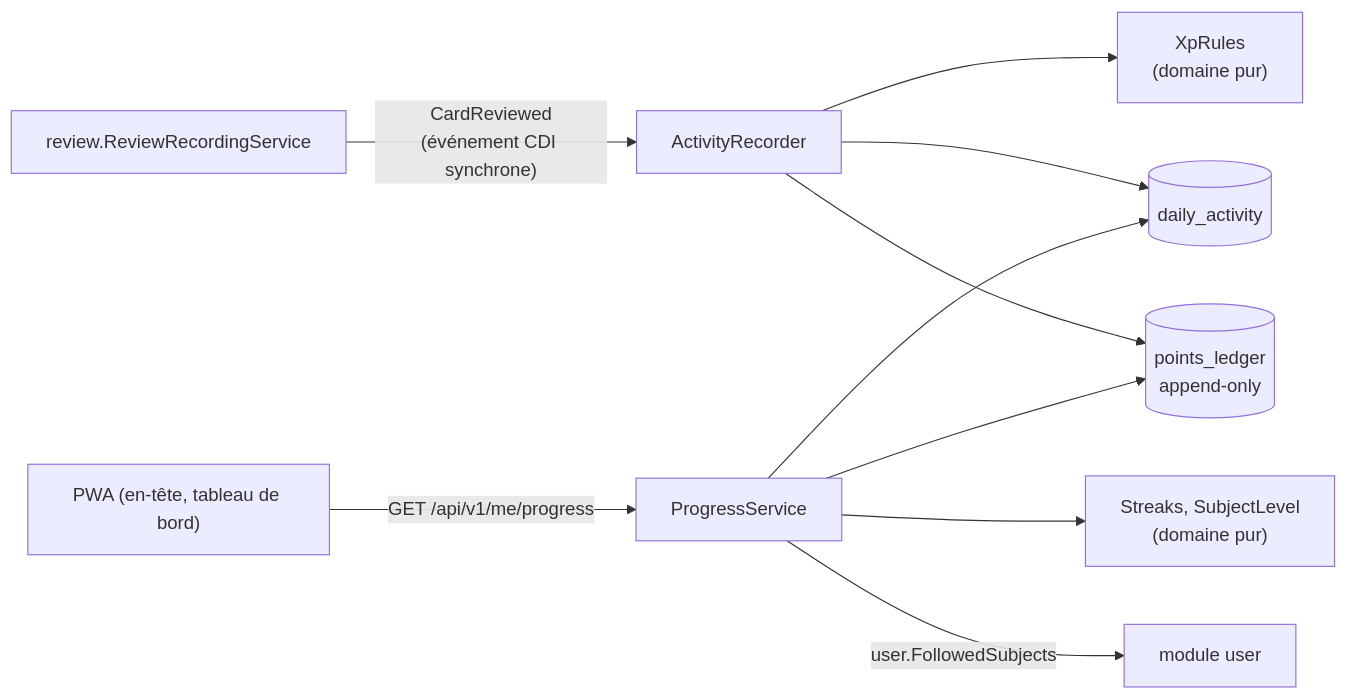
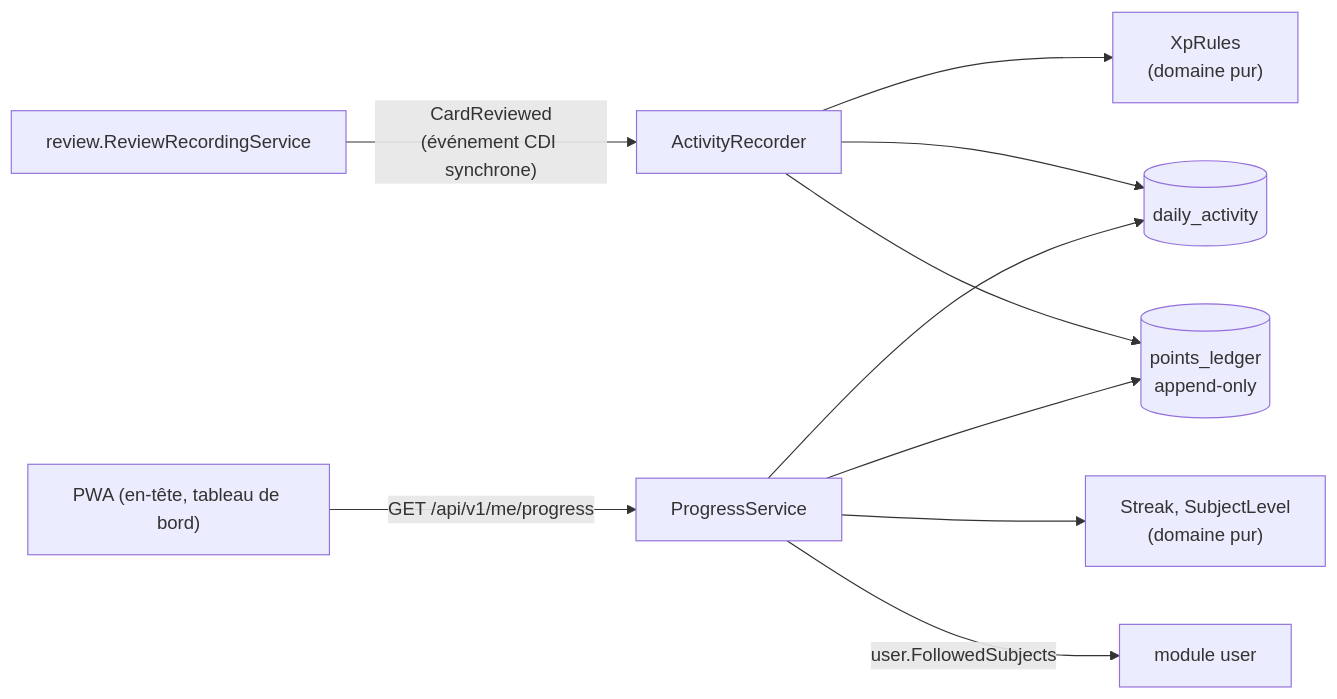
Before and after one commit to potichacha/recallio: the fifth of 7 diagrams in docs/architecture.md, drawn with Mermaid. The commit also changed other lines of this file and 20 other files, not shown here.

````diff
--- a/docs/architecture.md
+++ b/docs/architecture.md
@@ -156,12 +156,12 @@
 ```mermaid
 flowchart LR
     rec["review.ReviewRecordingService"] -- "CardReviewed<br/>(événement CDI synchrone)" --> obs["ActivityRecorder"]
     obs --> rules["XpRules<br/>(domaine pur)"]
     obs --> act[("daily_activity")]
     obs --> ledger[("points_ledger<br/>append-only")]
     pwa["PWA (en-tête, tableau de bord)"] -- "GET /api/v1/me/progress" --> prog["ProgressService"]
-    prog --> streaks["Streaks, SubjectLevel<br/>(domaine pur)"]
+    prog --> streaks["Streak, SubjectLevel<br/>(domaine pur)"]
     prog --> act
     prog --> ledger
     prog -- "user.FollowedSubjects" --> user["module user"]
 ```
````
